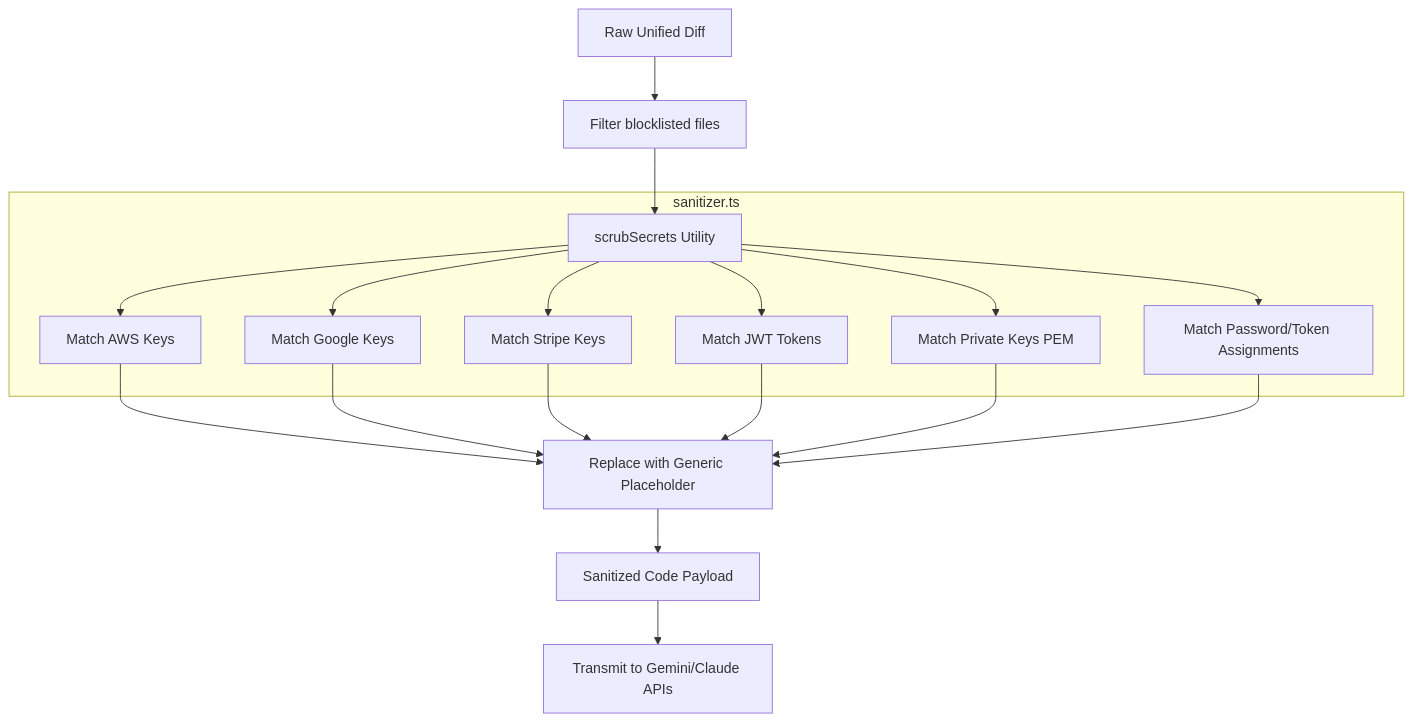
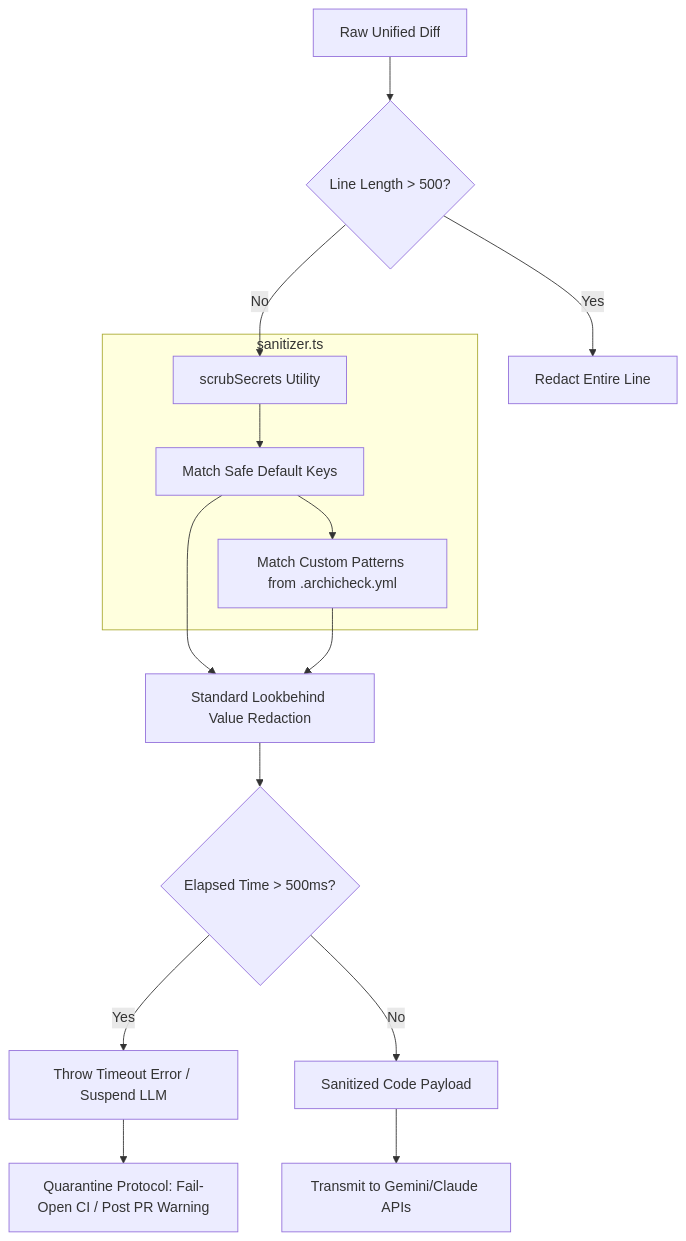
One commit to tinhct/archi-check changed the diagram in docs/SD/Feature_Payload_Sanitization_&_Secret_Scrubbing.md. Above: the diagram before and after it, drawn with Mermaid. The commit also changed other lines of this file and 2 other files, not shown here.

Commit message:
docs: update Sprint 2 PM report and align Solution Designs with final architectures

````diff
--- a/docs/SD/Feature_Payload_Sanitization_&_Secret_Scrubbing.md
+++ b/docs/SD/Feature_Payload_Sanitization_&_Secret_Scrubbing.md
@@ -8,21 +8,21 @@
 ```mermaid
 flowchart TD
-  RawDiff[Raw Unified Diff] --> FilterBlock[Filter blocklisted files]
-  FilterBlock --> ScrubCall[scrubSecrets Utility]
+  RawDiff[Raw Unified Diff] --> LineCheck{Line Length > 500?}
+  LineCheck -- Yes --> RedactLine[Redact Entire Line]
+  LineCheck -- No --> ScrubCall[scrubSecrets Utility]
+  
   subgraph Sanitizer [sanitizer.ts]
-    ScrubCall --> MatchAWS[Match AWS Keys]
-    ScrubCall --> MatchGoogle[Match Google Keys]
-    ScrubCall --> MatchStripe[Match Stripe Keys]
-    ScrubCall --> MatchJWT[Match JWT Tokens]
-    ScrubCall --> MatchPEM[Match Private Keys PEM]
-    ScrubCall --> MatchGeneric[Match Password/Token Assignments]
+    ScrubCall --> MatchDefaults[Match Safe Default Keys]
+    MatchDefaults --> MatchCustoms[Match Custom Patterns from .archicheck.yml]
   end
-  MatchAWS --> Redact[Replace with Generic Placeholder]
-  MatchGoogle --> Redact
-  MatchStripe --> Redact
-  MatchJWT --> Redact
-  MatchPEM --> Redact
-  MatchGeneric --> Redact
-  Redact --> CleanDiff[Sanitized Code Payload]
+  
+  MatchDefaults --> ReplaceVal[Standard Lookbehind Value Redaction]
+  MatchCustoms --> ReplaceVal
+  
+  ReplaceVal --> TimeoutCheck{Elapsed Time > 500ms?}
+  TimeoutCheck -- Yes --> ReDosThrow[Throw Timeout Error / Suspend LLM]
+  TimeoutCheck -- No --> CleanDiff[Sanitized Code Payload]
+  
   CleanDiff --> LLM[Transmit to Gemini/Claude APIs]
+  ReDosThrow --> Quarantine[Quarantine Protocol: Fail-Open CI / Post PR Warning]
 ```
````
